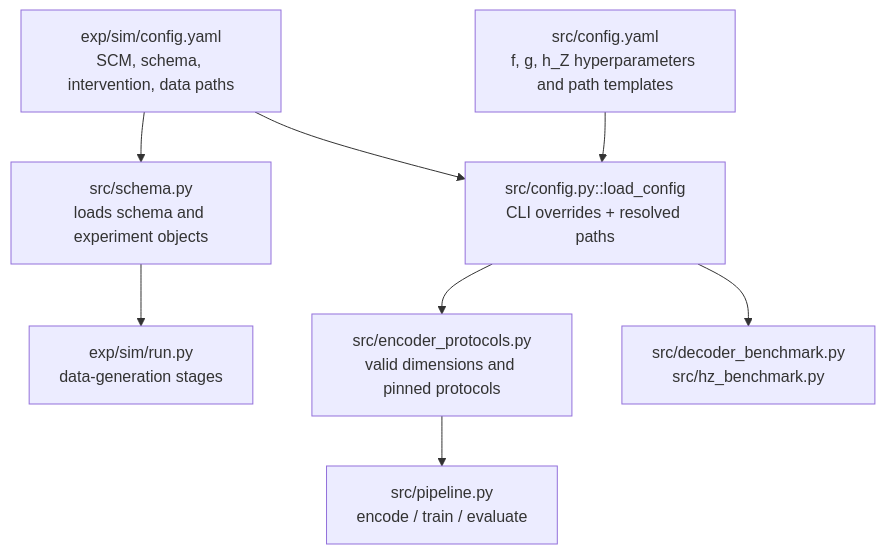
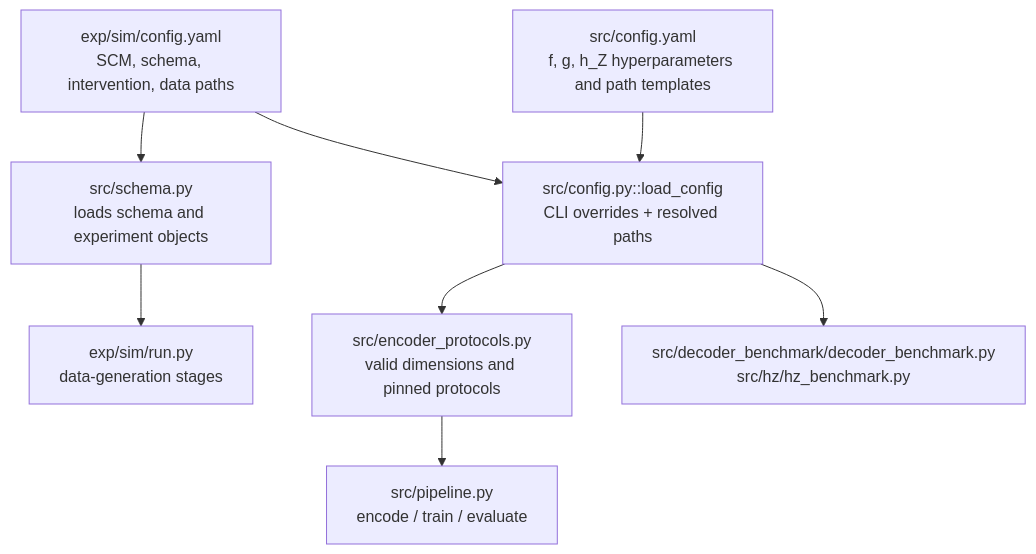
Before and after one commit to kestelnadomu/latent_intervention: the second of 8 diagrams in docs/codebase_guide.md, drawn with Mermaid. The commit also changed other lines of this file and 63 other files, not shown here.

````diff
--- a/docs/codebase_guide.md
+++ b/docs/codebase_guide.md
@@ -24,16 +24,16 @@
 ```mermaid
 flowchart TB
     SIMCFG[exp/sim/config.yaml<br/>SCM, schema, intervention, data paths]
     MODELCFG[src/config.yaml<br/>f, g, h_Z hyperparameters and path templates]
     SCHEMA[src/schema.py<br/>loads schema and experiment objects]
     LOAD[src/config.py::load_config<br/>CLI overrides + resolved paths]
     PROTO[src/encoder_protocols.py<br/>valid dimensions and pinned protocols]
     GEN[exp/sim/run.py<br/>data-generation stages]
     PIPE[src/pipeline.py<br/>encode / train / evaluate]
-    BENCH[src/decoder_benchmark.py<br/>src/hz_benchmark.py]
+    BENCH[src/decoder_benchmark/decoder_benchmark.py<br/>src/hz/hz_benchmark.py]
 
     SIMCFG --> SCHEMA --> GEN
     SIMCFG --> LOAD
     MODELCFG --> LOAD --> PROTO --> PIPE
     LOAD --> BENCH
 ```
````
